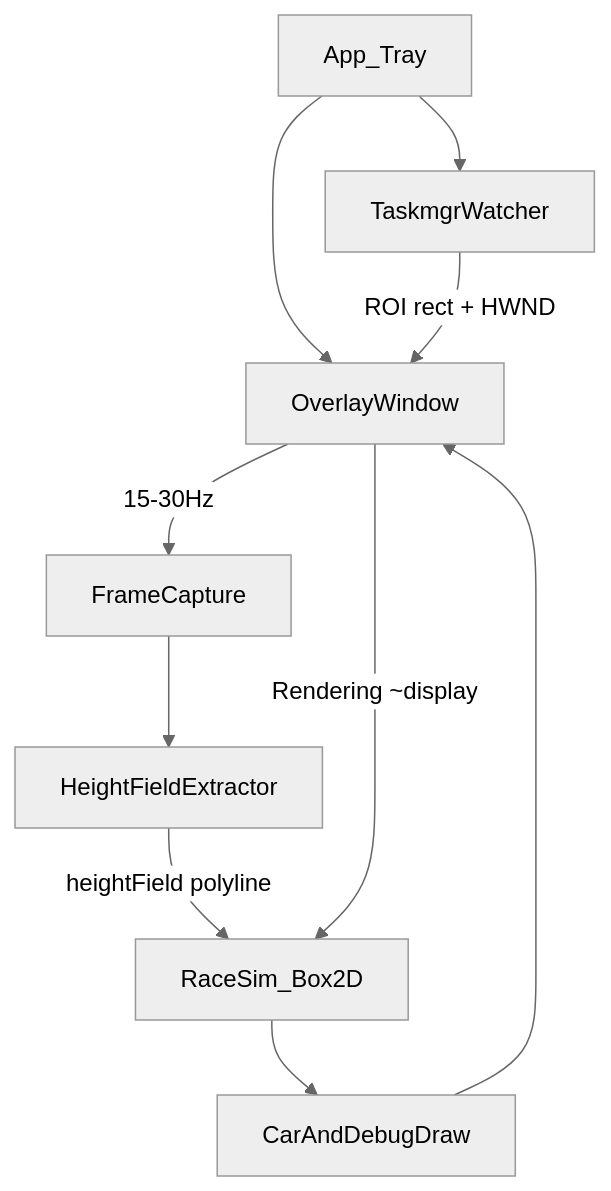
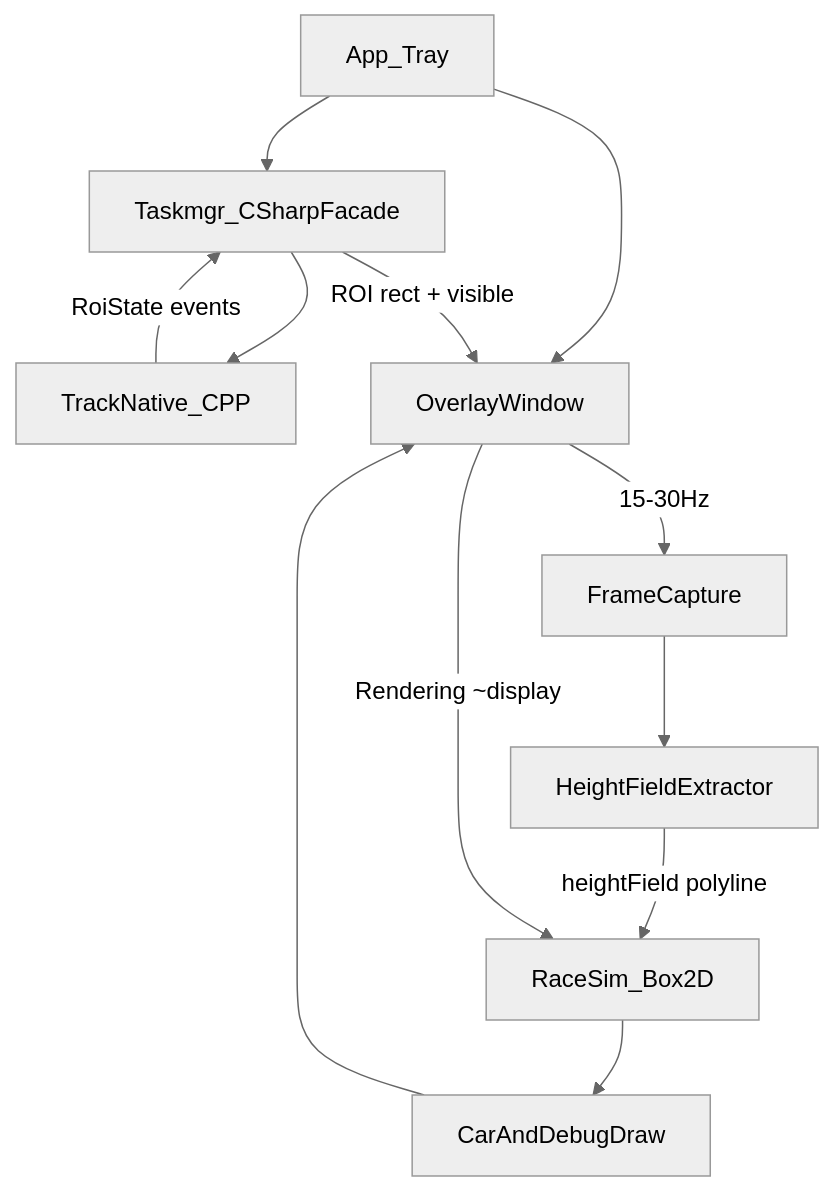
One commit to CS-LX/CPURacer changed the diagram in docs/实施计划.md. Above: the diagram before and after it, drawn with Mermaid (neutral theme). The commit also changed other lines of this file and 4 other files, not shown here.

````diff
--- a/docs/实施计划.md
+++ b/docs/实施计划.md
@@ -76,20 +102,23 @@
 ```mermaid
 flowchart TB
   tray[App_Tray]
-  watcher[TaskmgrWatcher]
+  trackNative[TrackNative_CPP]
+  watcher[Taskmgr_CSharpFacade]
   overlay[OverlayWindow]
   capture[FrameCapture]
   extract[HeightFieldExtractor]
   sim[RaceSim_Box2D]
   draw[CarAndDebugDraw]
 
   tray --> watcher
   tray --> overlay
-  watcher -->|"ROI rect + HWND"| overlay
+  watcher --> trackNative
+  trackNative -->|"RoiState events"| watcher
+  watcher -->|"ROI rect + visible"| overlay
   overlay -->|"15-30Hz"| capture
   capture --> extract
   extract -->|"heightField polyline"| sim
   overlay -->|"Rendering ~display"| sim
   sim --> draw
   draw --> overlay
 ```
````
